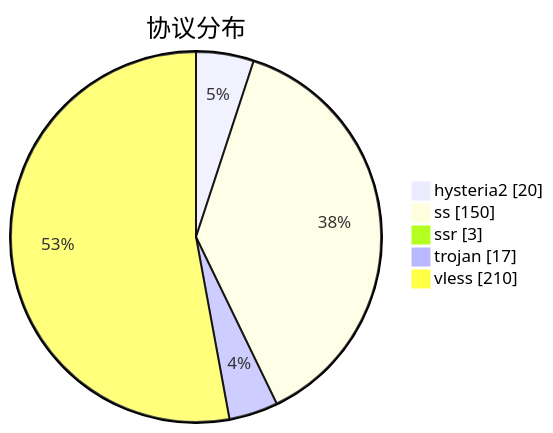
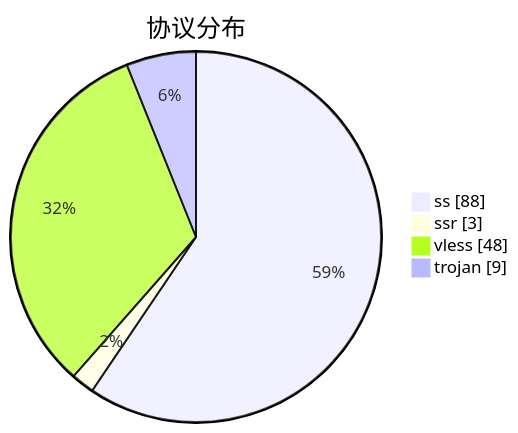
Before and after one commit to qjlxg/airport: the third of 3 diagrams in subs/statistics/tested_within.md, drawn with Mermaid. The commit also changed other lines of this file and 2 other files, not shown here.

````diff
--- a/subs/statistics/tested_within.md
+++ b/subs/statistics/tested_within.md
@@ -38,9 +27,8 @@
 ```mermaid
 pie showData
 title 协议分布
-"hysteria2" : 20
-"ss" : 150
+"ss" : 88
 "ssr" : 3
-"trojan" : 17
-"vless" : 210
+"vless" : 48
+"trojan" : 9
 ```
````
